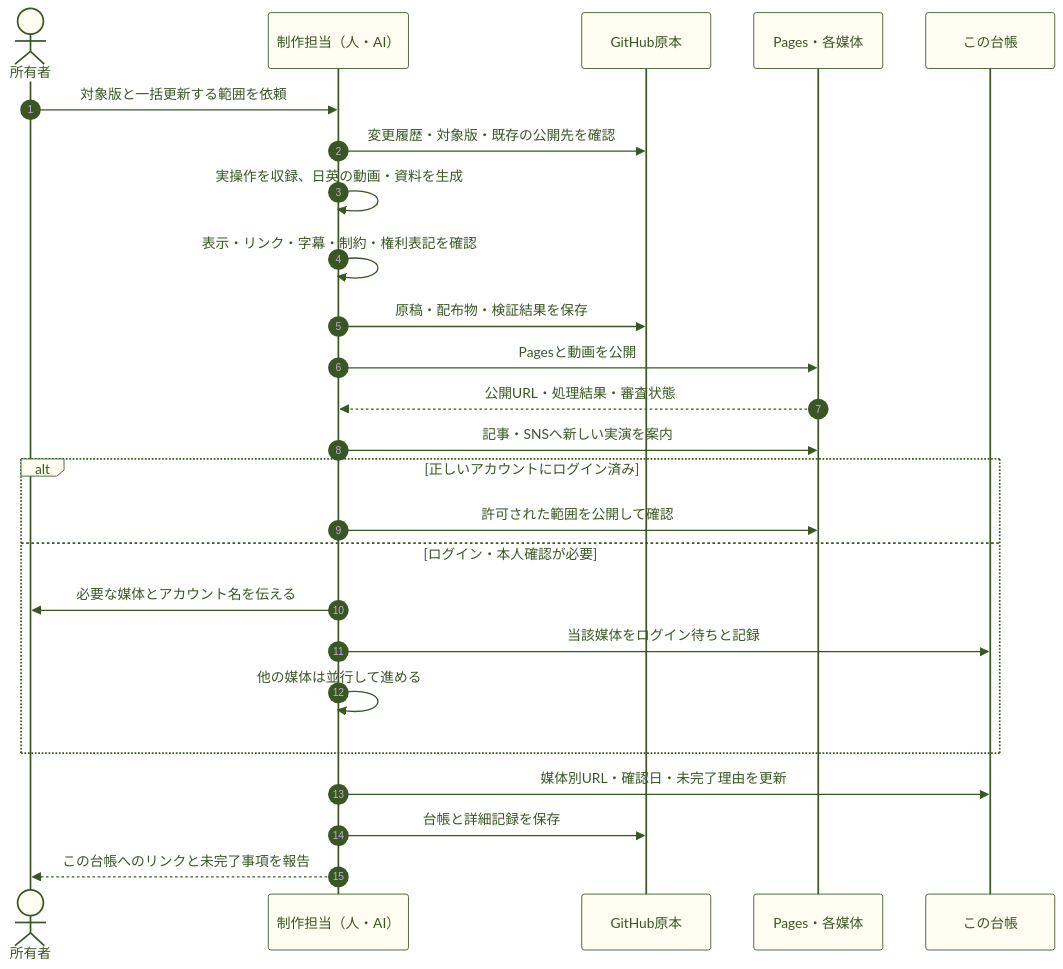
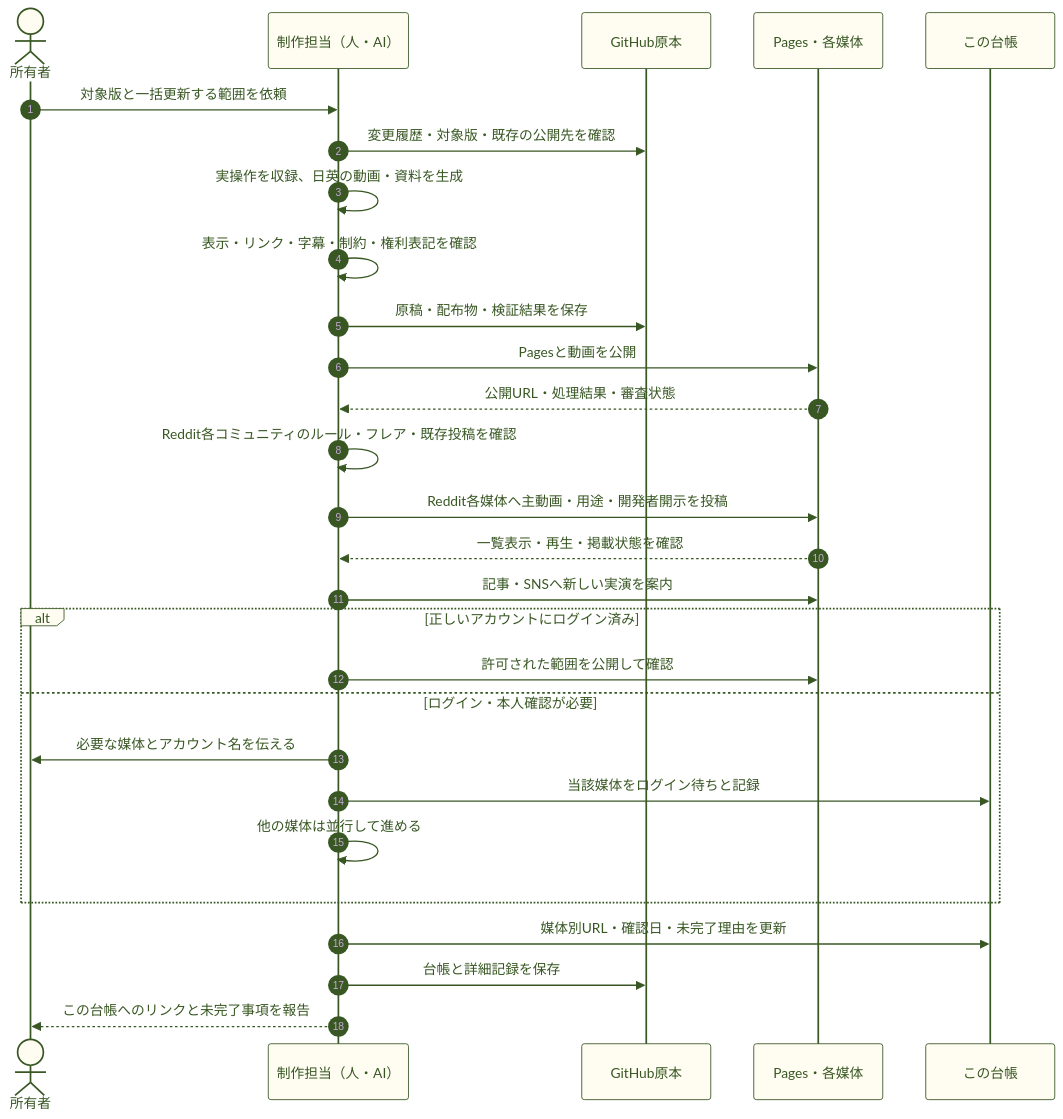
The third of 5 diagrams in promotion/PROMOTION-SYSTEM.md (5garashi/mdEditor), drawn with Mermaid before and after one commit. The commit also changed other lines of this file and 4 other files, not shown here.

````diff
--- a/promotion/PROMOTION-SYSTEM.md
+++ b/promotion/PROMOTION-SYSTEM.md
@@ -106,28 +106,31 @@
 ```mermaid
 %%{init: {'theme':'base','themeVariables':{'primaryColor':'#FFFDF2','primaryTextColor':'#385723','primaryBorderColor':'#385723','lineColor':'#385723','secondaryColor':'#FFE699','tertiaryColor':'#F9EFCB'}}}%%
 sequenceDiagram
     autonumber
     actor Owner as 所有者
     participant Worker as 制作担当（人・AI）
     participant Git as GitHub原本
     participant Media as Pages・各媒体
     participant Ledger as この台帳
     Owner->>Worker: 対象版と一括更新する範囲を依頼
     Worker->>Git: 変更履歴・対象版・既存の公開先を確認
     Worker->>Worker: 実操作を収録、日英の動画・資料を生成
     Worker->>Worker: 表示・リンク・字幕・制約・権利表記を確認
     Worker->>Git: 原稿・配布物・検証結果を保存
     Worker->>Media: Pagesと動画を公開
     Media-->>Worker: 公開URL・処理結果・審査状態
+    Worker->>Worker: Reddit各コミュニティのルール・フレア・既存投稿を確認
+    Worker->>Media: Reddit各媒体へ主動画・用途・開発者開示を投稿
+    Media-->>Worker: 一覧表示・再生・掲載状態を確認
     Worker->>Media: 記事・SNSへ新しい実演を案内
     alt 正しいアカウントにログイン済み
         Worker->>Media: 許可された範囲を公開して確認
     else ログイン・本人確認が必要
         Worker->>Owner: 必要な媒体とアカウント名を伝える
         Worker->>Ledger: 当該媒体をログイン待ちと記録
         Worker->>Worker: 他の媒体は並行して進める
     end
     Worker->>Ledger: 媒体別URL・確認日・未完了理由を更新
     Worker->>Git: 台帳と詳細記録を保存
     Worker-->>Owner: この台帳へのリンクと未完了事項を報告
 ```
````
